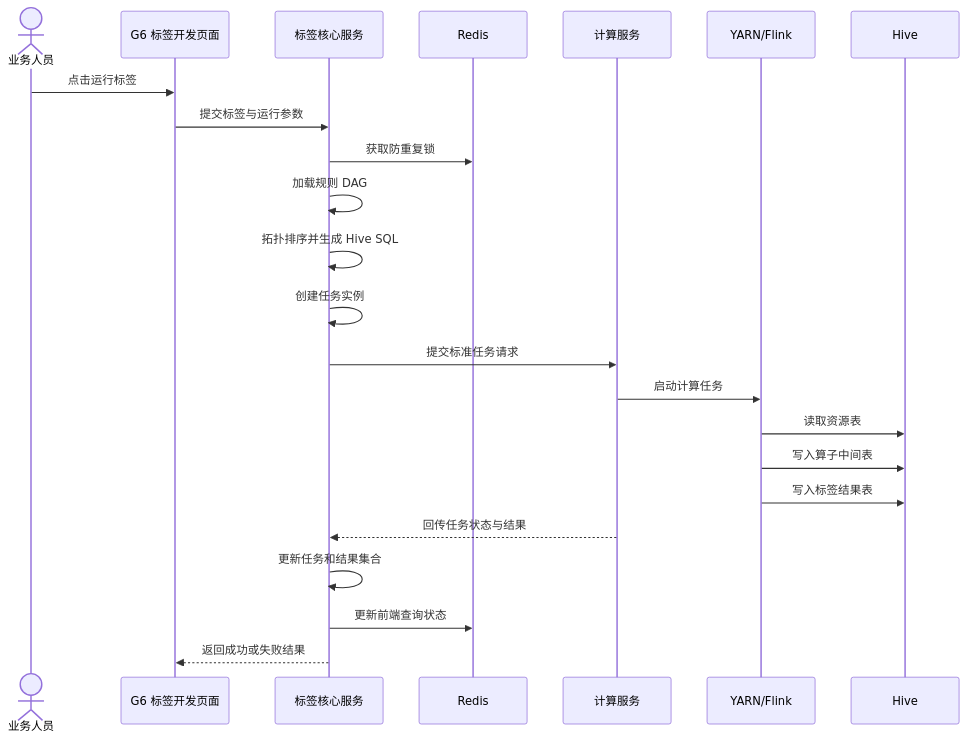
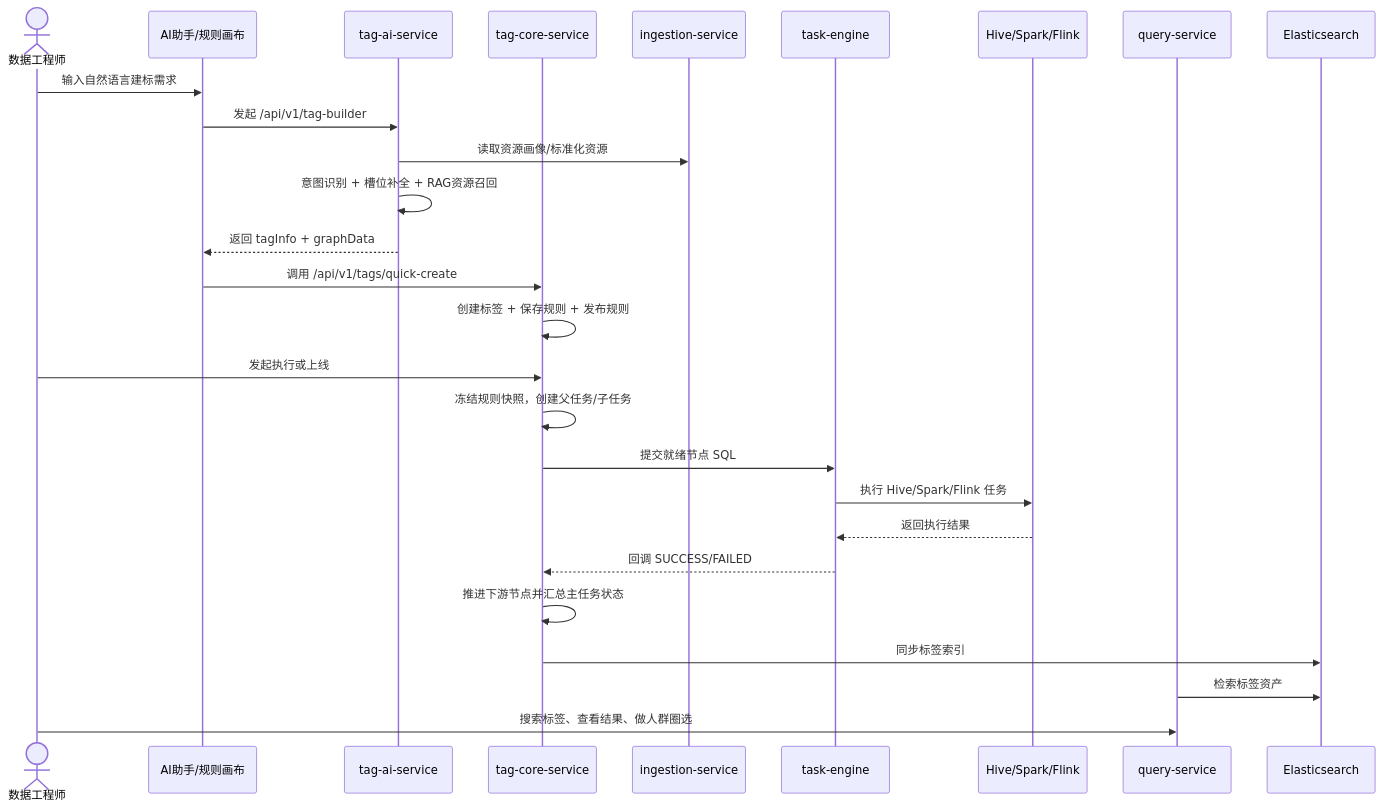
One commit to ironnn111/notes changed the second of 3 diagrams in 项目/大数据资产管理平台项目介绍.md. Above: the diagram before and after it, drawn with Mermaid. The commit also changed other lines of this file and 1 other file, not shown here.

Commit message:
docs: update project intros for AI tag building

````diff
--- a/项目/大数据资产管理平台项目介绍.md
+++ b/项目/大数据资产管理平台项目介绍.md
@@ -187,26 +88,30 @@
 ```mermaid
 sequenceDiagram
-    actor User as 业务人员
-    participant Web as G6 标签开发页面
-    participant Core as 标签核心服务
-    participant Redis as Redis
-    participant Task as 计算服务
-    participant Yarn as YARN/Flink
-    participant Hive as Hive
+    actor Engineer as 数据工程师
+    participant Canvas as AI助手/规则画布
+    participant AI as tag-ai-service
+    participant Core as tag-core-service
+    participant Ingest as ingestion-service
+    participant Engine as task-engine
+    participant Compute as Hive/Spark/Flink
+    participant Query as query-service
+    participant ES as Elasticsearch
 
-    User->>Web: 点击运行标签
-    Web->>Core: 提交标签与运行参数
-    Core->>Redis: 获取防重复锁
-    Core->>Core: 加载规则 DAG
-    Core->>Core: 拓扑排序并生成 Hive SQL
-    Core->>Core: 创建任务实例
-    Core->>Task: 提交标准任务请求
-    Task->>Yarn: 启动计算任务
-    Yarn->>Hive: 读取资源表
-    Yarn->>Hive: 写入算子中间表
-    Yarn->>Hive: 写入标签结果表
-    Task-->>Core: 回传任务状态与结果
-    Core->>Core: 更新任务和结果集合
-    Core->>Redis: 更新前端查询状态
-    Core-->>Web: 返回成功或失败结果
+    Engineer->>Canvas: 输入自然语言建标需求
+    Canvas->>AI: 发起 /api/v1/tag-builder
+    AI->>Ingest: 读取资源画像/标准化资源
+    AI->>AI: 意图识别 + 槽位补全 + RAG资源召回
+    AI-->>Canvas: 返回 tagInfo + graphData
+    Canvas->>Core: 调用 /api/v1/tags/quick-create
+    Core->>Core: 创建标签 + 保存规则 + 发布规则
+    Engineer->>Core: 发起执行或上线
+    Core->>Core: 冻结规则快照，创建父任务/子任务
+    Core->>Engine: 提交就绪节点 SQL
+    Engine->>Compute: 执行 Hive/Spark/Flink 任务
+    Compute-->>Engine: 返回执行结果
+    Engine-->>Core: 回调 SUCCESS/FAILED
+    Core->>Core: 推进下游节点并汇总主任务状态
+    Core->>ES: 同步标签索引
+    Query->>ES: 检索标签资产
+    Engineer->>Query: 搜索标签、查看结果、做人群圈选
 ```
````
